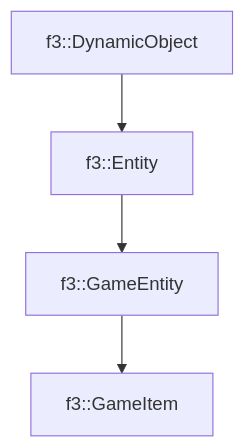
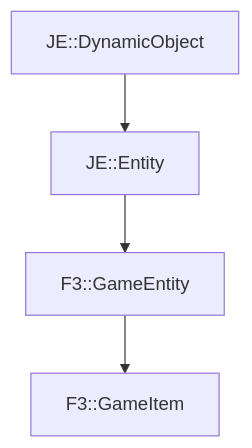
One commit to OpenJE/openvb changed the diagram in docs/f3/GameItem.md. Above: the diagram before and after it, drawn with Mermaid. The commit also changed other lines of this file and 1399 other files, not shown here.

````diff
--- a/docs/f3/GameItem.md
+++ b/docs/f3/GameItem.md
@@ -18,6 +18,6 @@
 ```mermaid
 graph TD;
-    f3::DynamicObject --> f3::Entity
-    f3::Entity --> f3::GameEntity
-    f3::GameEntity --> f3::GameItem
+    JE::DynamicObject --> JE::Entity
+    JE::Entity --> F3::GameEntity
+    F3::GameEntity --> F3::GameItem
 ```
````
